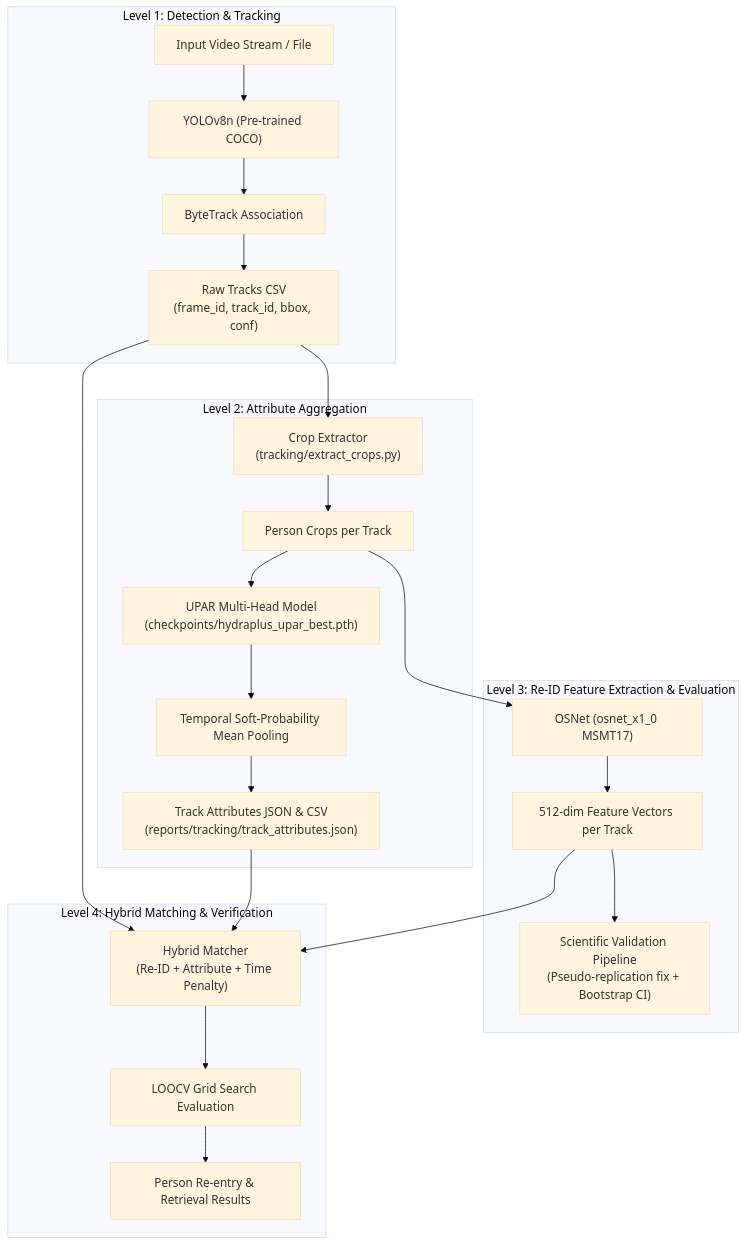
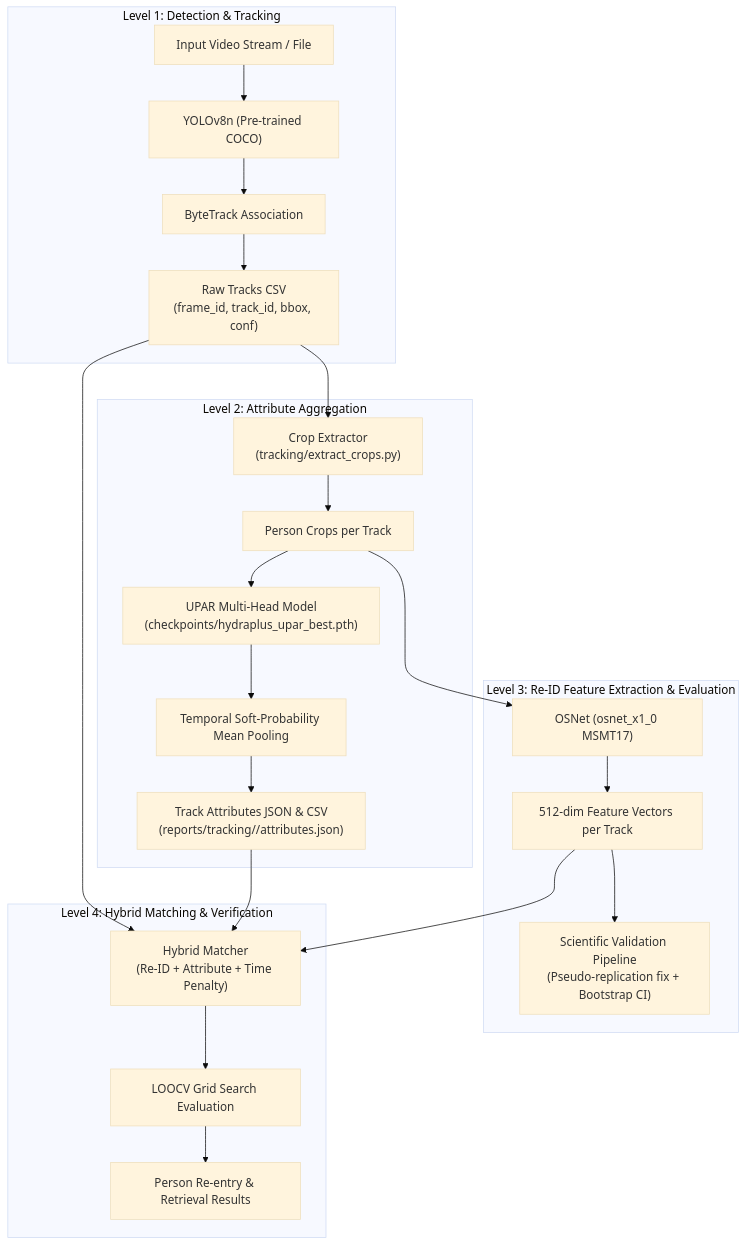
The diagram in tracking/TECHNICAL_REPORT.md (NVAnh050904/AII-Project), drawn with Mermaid (base theme) before and after one commit. The commit also changed other lines of this file and 6 other files, not shown here.

Commit message:
feat(tracking): restructure reports directory, add demo_combined.py, update script paths and docs

````diff
--- a/tracking/TECHNICAL_REPORT.md
+++ b/tracking/TECHNICAL_REPORT.md
@@ -21,28 +21,28 @@
 ```mermaid
 flowchart TD
     subgraph L1 ["Level 1: Detection & Tracking"]
         V["Input Video Stream / File"] --> YOLO["YOLOv8n (Pre-trained COCO)"]
         YOLO --> BT["ByteTrack Association"]
         BT --> TCSV["Raw Tracks CSV\n(frame_id, track_id, bbox, conf)"]
     end
 
     subgraph L2 ["Level 2: Attribute Aggregation"]
         TCSV --> Ext["Crop Extractor\n(tracking/extract_crops.py)"]
         Ext --> Crops["Person Crops per Track"]
         Crops --> PAR["UPAR Multi-Head Model\n(checkpoints/hydraplus_upar_best.pth)"]
         PAR --> Pool["Temporal Soft-Probability Mean Pooling"]
-        Pool --> TAttr["Track Attributes JSON & CSV\n(reports/tracking/track_attributes.json)"]
+        Pool --> TAttr["Track Attributes JSON & CSV\n(reports/tracking/<ten_video>/attributes.json)"]
     end
 
     subgraph L3 ["Level 3: Re-ID Feature Extraction & Evaluation"]
         Crops --> OSNet["OSNet (osnet_x1_0 MSMT17)"]
         OSNet --> Emb["512-dim Feature Vectors per Track"]
         Emb --> EvalReID["Scientific Validation Pipeline\n(Pseudo-replication fix + Bootstrap CI)"]
     end
 
     subgraph L4 ["Level 4: Hybrid Matching & Verification"]
         Emb & TAttr & TCSV --> Hybrid["Hybrid Matcher\n(Re-ID + Attribute + Time Penalty)"]
         Hybrid --> LOOCV["LOOCV Grid Search Evaluation"]
         LOOCV --> Final["Person Re-entry & Retrieval Results"]
     end
 ```
````
